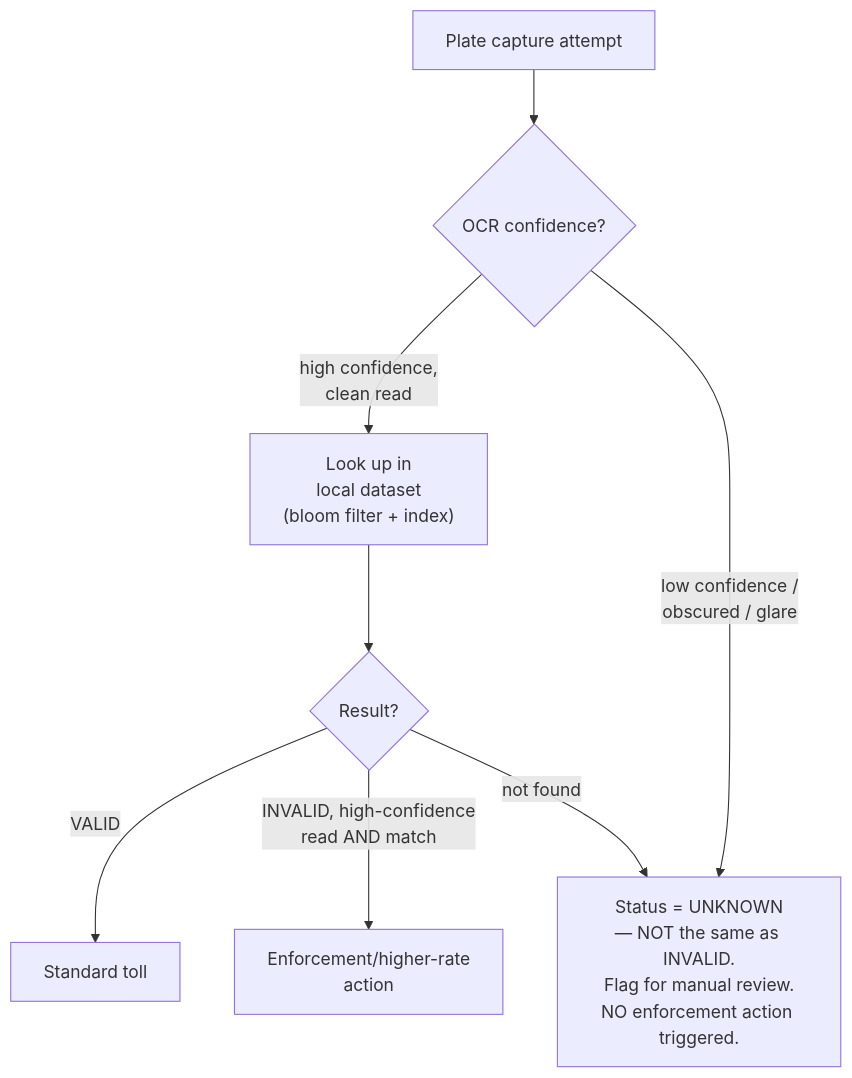
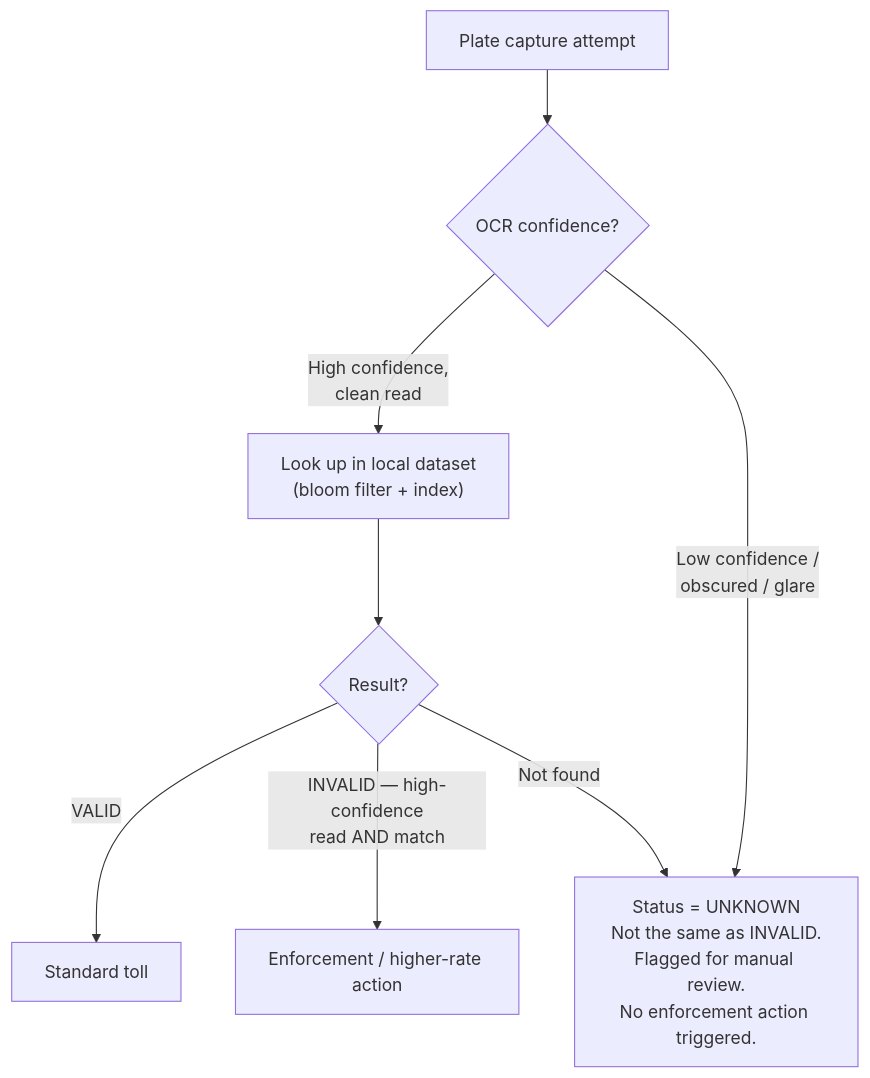
Before and after one commit to riyaz-pasha/Learnings: the eighth of 12 diagrams in system-design/HLD/0-course/49-Toll-Vehicle-Insurance-Validity-Check-FAANG-Guide-story.md, drawn with Mermaid. The commit also changed other lines of this file and 1 other file, not shown here.

Commit message:
[REWRITE] Toll Vehicle Insurance Validity Check story guide: simplify prose, add structure, fix diagrams

````diff
--- a/system-design/HLD/0-course/49-Toll-Vehicle-Insurance-Validity-Check-FAANG-Guide-story.md
+++ b/system-design/HLD/0-course/49-Toll-Vehicle-Insurance-Validity-Check-FAANG-Guide-story.md
@@ -176,10 +329,10 @@
 ```mermaid
 flowchart TD
     A["Plate capture attempt"] --> B{"OCR confidence?"}
-    B -->|"high confidence,\nclean read"| C["Look up in\nlocal dataset\n(bloom filter + index)"]
-    B -->|"low confidence /\nobscured / glare"| D["Status = UNKNOWN\n— NOT the same as INVALID.\nFlag for manual review.\nNO enforcement action triggered."]
+    B -->|"High confidence,<br/>clean read"| C["Look up in local dataset<br/>(bloom filter + index)"]
+    B -->|"Low confidence /<br/>obscured / glare"| D["Status = UNKNOWN<br/>Not the same as INVALID.<br/>Flagged for manual review.<br/>No enforcement action triggered."]
     C --> E{"Result?"}
     E -->|"VALID"| F["Standard toll"]
-    E -->|"INVALID, high-confidence\nread AND match"| G["Enforcement/higher-rate\naction"]
-    E -->|"not found"| D
+    E -->|"INVALID — high-confidence<br/>read AND match"| G["Enforcement / higher-rate action"]
+    E -->|"Not found"| D
 ```
````
